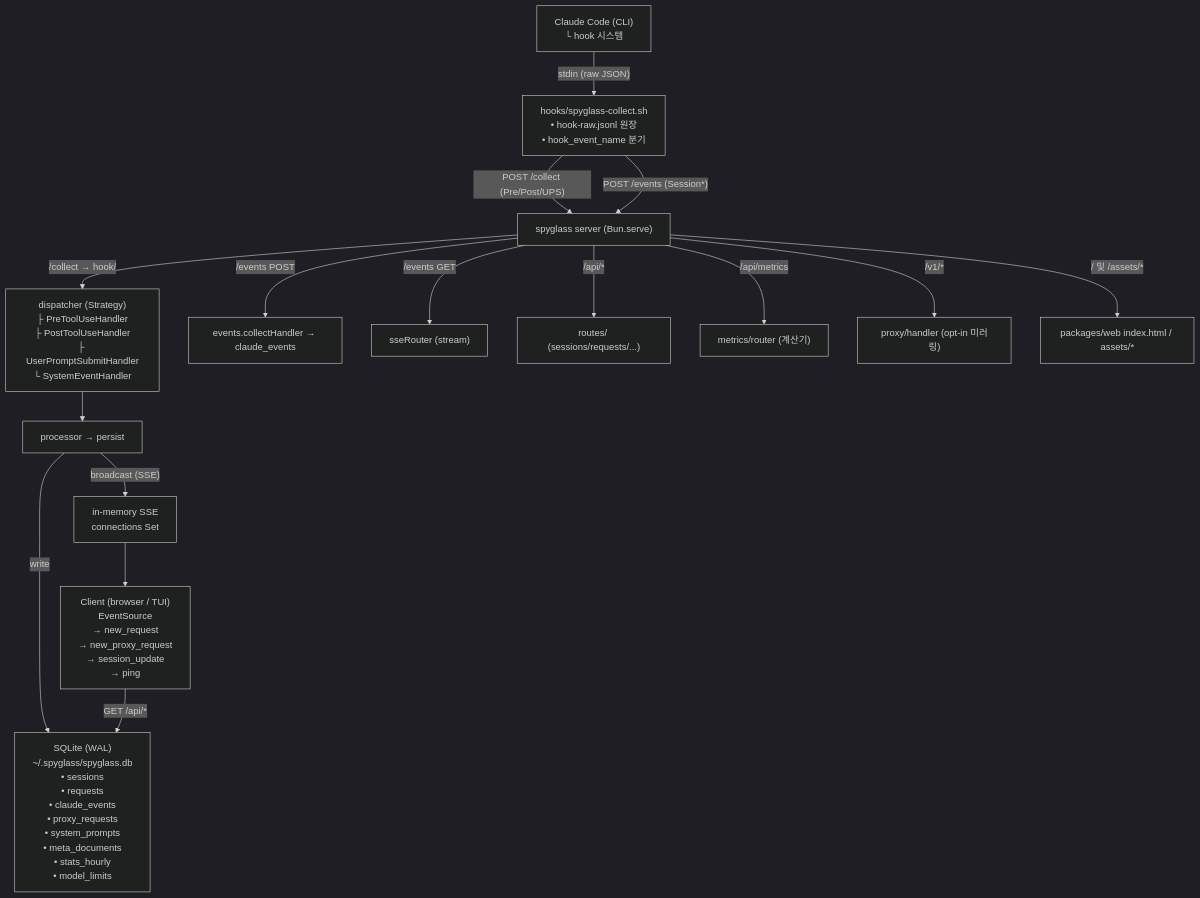
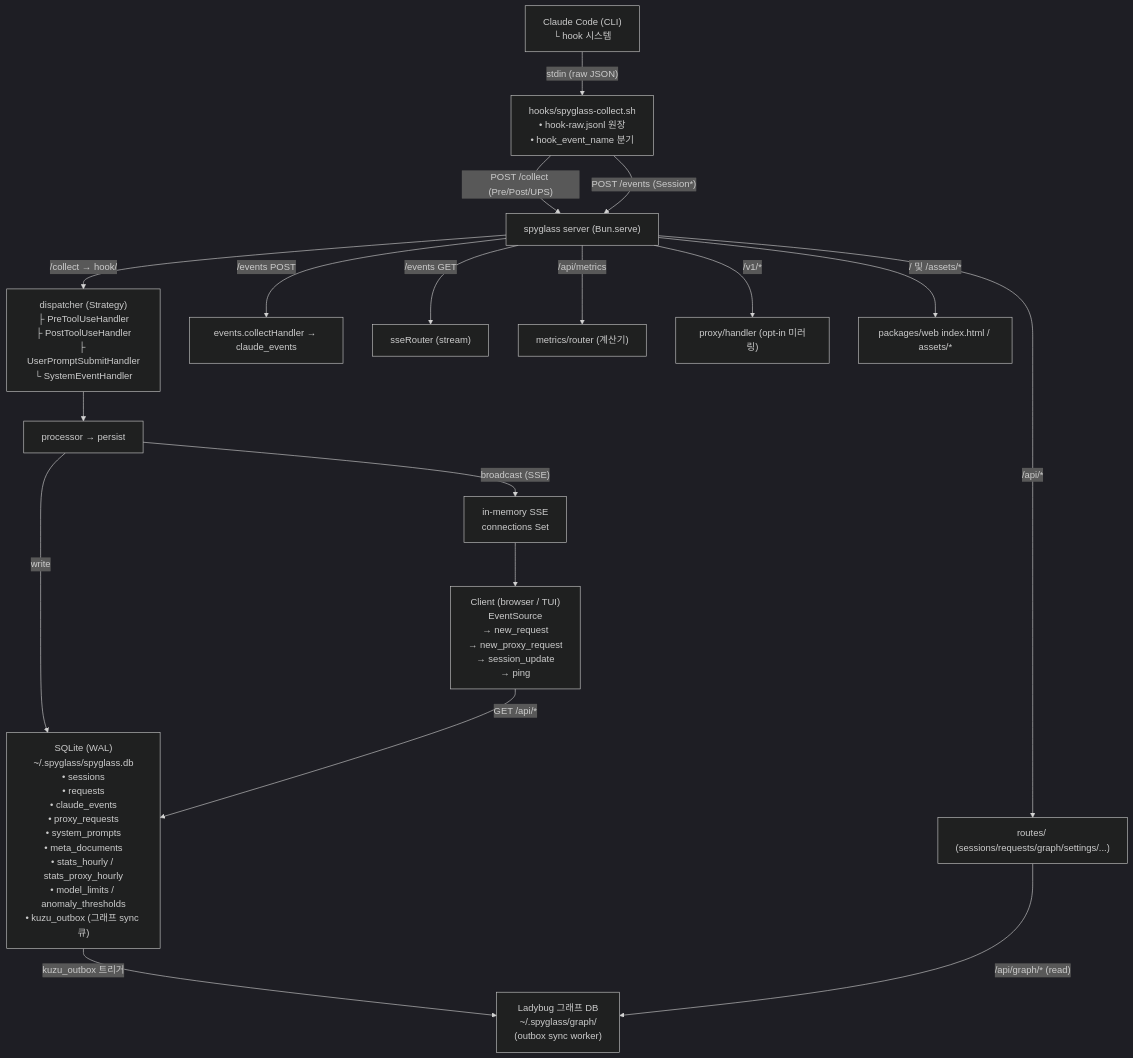
One commit to gmoon92/claude-spyglass changed the first of 9 diagrams in docs/architecture/architecture.md. Above: the diagram before and after it, drawn with Mermaid (dark theme). The commit also changed other lines of this file and 23 other files, not shown here.

First line of the commit message:
docs(architecture): 아키텍처 문서·README 소스 기준 현행화

````diff
--- a/docs/architecture/architecture.md
+++ b/docs/architecture/architecture.md
@@ -95,35 +100,38 @@
 ```mermaid
 flowchart TD
     CC["Claude Code (CLI)\n└ hook 시스템"]
     COLLECT["hooks/spyglass-collect.sh\n• hook-raw.jsonl 원장\n• hook_event_name 분기"]
     SERVER["spyglass server (Bun.serve)"]
     DISPATCHER["dispatcher (Strategy)\n├ PreToolUseHandler\n├ PostToolUseHandler\n├ UserPromptSubmitHandler\n└ SystemEventHandler"]
     PROC["processor → persist"]
     CE["events.collectHandler → claude_events"]
     SSE_ROUTER["sseRouter (stream)"]
-    ROUTES["routes/ (sessions/requests/...)"]
+    ROUTES["routes/ (sessions/requests/graph/settings/...)"]
     METRICS["metrics/router (계산기)"]
     PROXY_H["proxy/handler (opt-in 미러링)"]
     WEB_STATIC["packages/web index.html / assets/*"]
-    SQLITE["SQLite (WAL)\n~/.spyglass/spyglass.db\n• sessions\n• requests\n• claude_events\n• proxy_requests\n• system_prompts\n• meta_documents\n• stats_hourly\n• model_limits"]
+    SQLITE["SQLite (WAL)\n~/.spyglass/spyglass.db\n• sessions\n• requests\n• claude_events\n• proxy_requests\n• system_prompts\n• meta_documents\n• stats_hourly / stats_proxy_hourly\n• model_limits / anomaly_thresholds\n• kuzu_outbox (그래프 sync 큐)"]
+    GRAPH["Ladybug 그래프 DB\n~/.spyglass/graph/\n(outbox sync worker)"]
     SSE_SET["in-memory SSE\nconnections Set"]
     CLIENT["Client (browser / TUI)\nEventSource\n→ new_request\n→ new_proxy_request\n→ session_update\n→ ping"]
 
     CC -->|"stdin (raw JSON)"| COLLECT
     COLLECT -->|"POST /collect (Pre/Post/UPS)"| SERVER
     COLLECT -->|"POST /events (Session*)"| SERVER
 
     SERVER --> |"/collect → hook/"| DISPATCHER
     DISPATCHER --> PROC
     PROC -->|write| SQLITE
     SERVER --> |"/events POST"| CE
     SERVER --> |"/events GET"| SSE_ROUTER
     SERVER --> |"/api/*"| ROUTES
     SERVER --> |"/api/metrics"| METRICS
     SERVER --> |"/v1/*"| PROXY_H
     SERVER --> |"/ 및 /assets/*"| WEB_STATIC
 
     PROC -->|"broadcast (SSE)"| SSE_SET
     SSE_SET --> CLIENT
     CLIENT -->|"GET /api/*"| SQLITE
+    SQLITE -->|"kuzu_outbox 트리거"| GRAPH
+    ROUTES -->|"/api/graph/* (read)"| GRAPH
 ```
````
